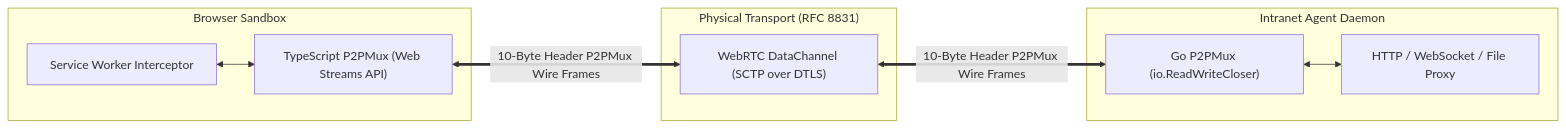
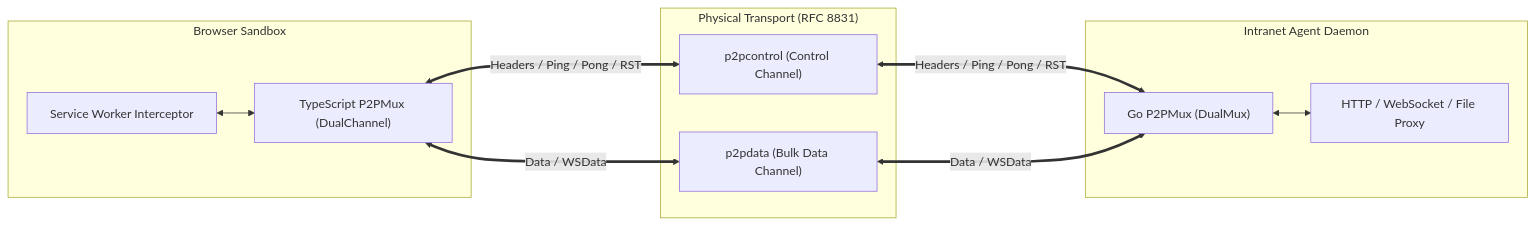
Before and after one commit to BeingNoAbility/WebRTC-Gateway: the first of 4 diagrams in docs/en/guide/protocol-specification.md, drawn with Mermaid. The commit also changed other lines of this file and 9 other files, not shown here.

Commit message:
docs: align documentation suite with v2.3 dual-channel architecture and benchmark reports

````diff
--- a/docs/en/guide/protocol-specification.md
+++ b/docs/en/guide/protocol-specification.md
@@ -11,21 +11,24 @@
 ```mermaid
 flowchart LR
     subgraph Browser_Sandbox["Browser Sandbox"]
         SW["Service Worker Interceptor"]
-        TSMux["TypeScript P2PMux (Web Streams API)"]
+        TSMux["TypeScript P2PMux (DualChannel)"]
     end
 
     subgraph Transport_Layer["Physical Transport (RFC 8831)"]
-        SCTP["WebRTC DataChannel (SCTP over DTLS)"]
+        ControlDC["p2pcontrol (Control Channel)"]
+        DataDC["p2pdata (Bulk Data Channel)"]
     end
 
     subgraph Agent_Daemon["Intranet Agent Daemon"]
-        GoMux["Go P2PMux (io.ReadWriteCloser)"]
+        GoMux["Go P2PMux (DualMux)"]
         Proxy["HTTP / WebSocket / File Proxy"]
     end
 
     SW <--> TSMux
-    TSMux <== "10-Byte Header P2PMux Wire Frames" ==> SCTP
-    SCTP <== "10-Byte Header P2PMux Wire Frames" ==> GoMux
+    TSMux <== "Headers / Ping / Pong / RST" ==> ControlDC
+    TSMux <== "Data / WSData" ==> DataDC
+    ControlDC <== "Headers / Ping / Pong / RST" ==> GoMux
+    DataDC <== "Data / WSData" ==> GoMux
     GoMux <--> Proxy
 ```
````
